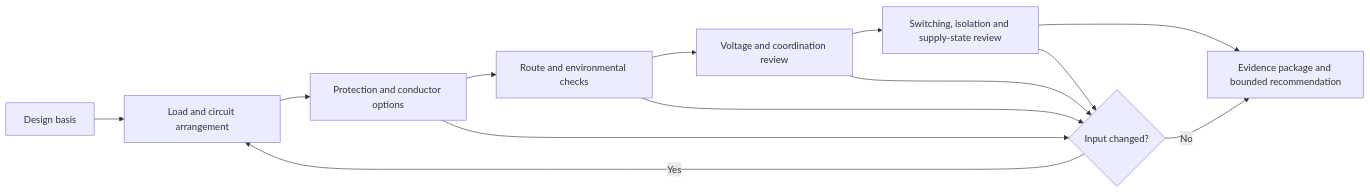
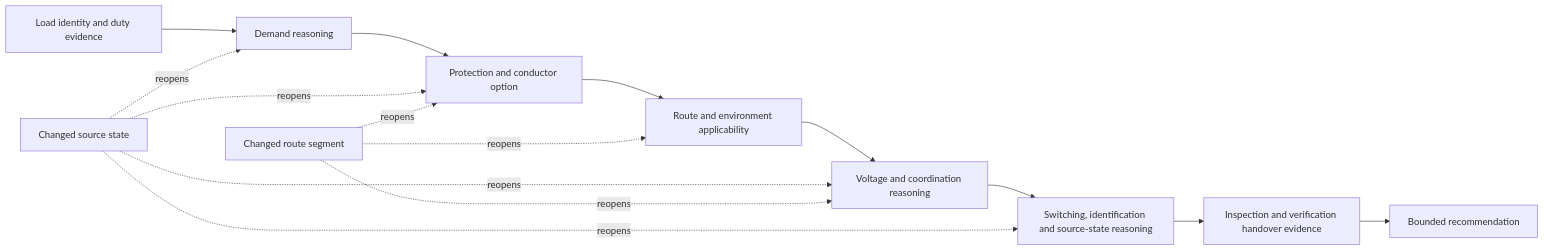
The second of 2 diagrams in docs/learning-plans/12-week/modules/day-72-planning-a-compliant-design-response-and-evidence-trail.md (andrew3stedall/capstone), drawn with Mermaid before and after one commit. The commit also changed other lines of this file and 3 other files, not shown here.

Commit message:
Improve Day 72 design-response evidence planning

````diff
--- a/docs/learning-plans/12-week/modules/day-72-planning-a-compliant-design-response-and-evidence-trail.md
+++ b/docs/learning-plans/12-week/modules/day-72-planning-a-compliant-design-response-and-evidence-trail.md
@@ -70,15 +125,17 @@
 ```mermaid
 flowchart LR
-  A[Design basis] --> B[Load and circuit arrangement]
-  B --> C[Protection and conductor options]
-  C --> D[Route and environmental checks]
-  D --> E[Voltage and coordination review]
-  E --> F[Switching, isolation and supply-state review]
-  F --> G[Evidence package and bounded recommendation]
-  C --> H{Input changed?}
-  D --> H
-  E --> H
-  F --> H
-  H -->|Yes| B
-  H -->|No| G
+  A[Load identity and duty evidence] --> B[Demand reasoning]
+  B --> C[Protection and conductor option]
+  C --> D[Route and environment applicability]
+  D --> E[Voltage and coordination reasoning]
+  E --> F[Switching, identification and source-state reasoning]
+  F --> G[Inspection and verification handover evidence]
+  G --> H[Bounded recommendation]
+  X[Changed source state] -. reopens .-> B
+  X -. reopens .-> C
+  X -. reopens .-> E
+  X -. reopens .-> F
+  Y[Changed route segment] -. reopens .-> C
+  Y -. reopens .-> D
+  Y -. reopens .-> E
 ```
````
